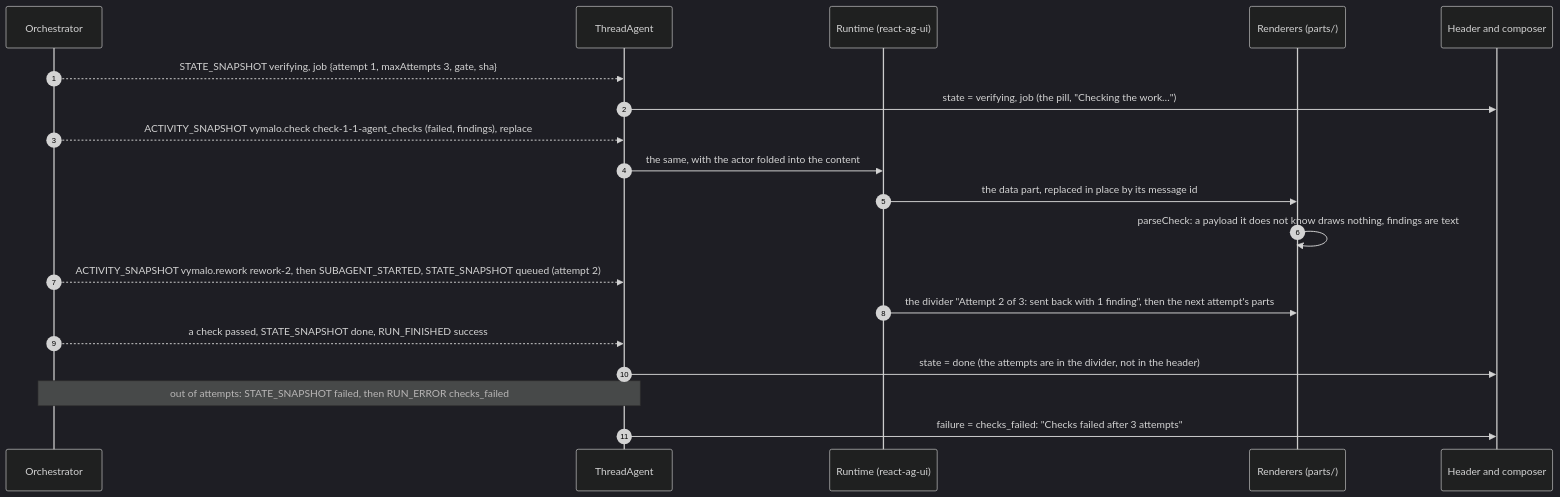
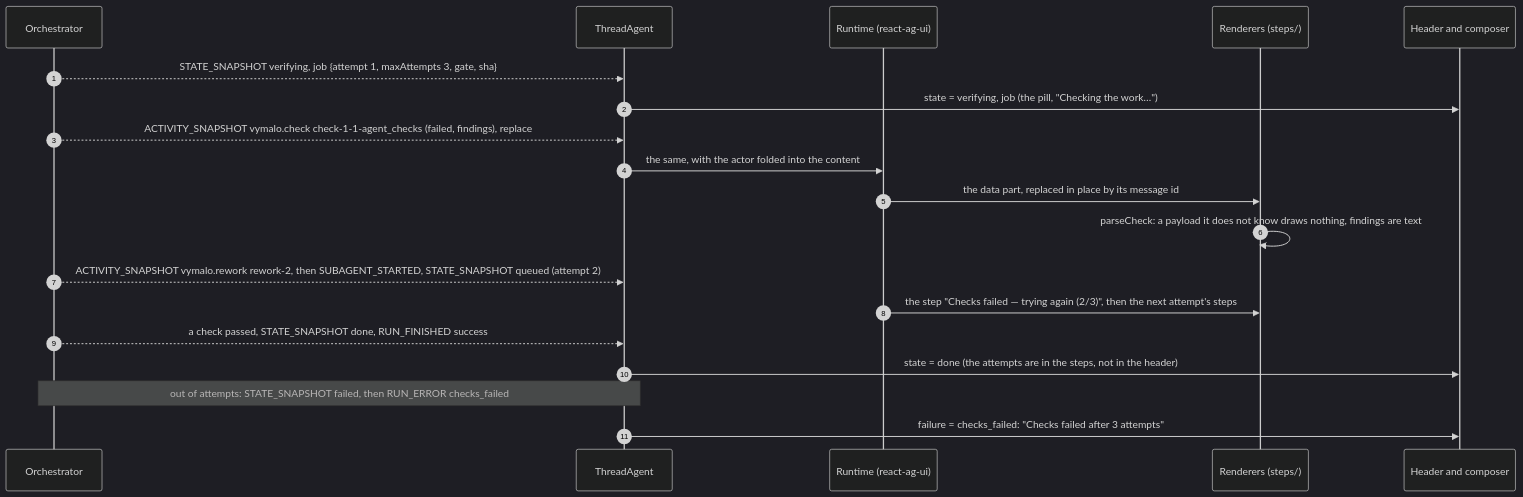
The third of 6 diagrams in web/README.md (vymalo/another-agentic-system), drawn with Mermaid (dark theme) before and after one commit. The commit also changed other lines of this file and 220 other files, not shown here.

````diff
--- a/web/README.md
+++ b/web/README.md
@@ -191,21 +200,21 @@
 ```mermaid
 sequenceDiagram
   autonumber
   participant O as Orchestrator
   participant T as ThreadAgent
   participant R as Runtime (react-ag-ui)
-  participant V as Renderers (parts/)
+  participant V as Renderers (steps/)
   participant H as Header and composer
   O-->>T: STATE_SNAPSHOT verifying, job {attempt 1, maxAttempts 3, gate, sha}
   T->>H: state = verifying, job (the pill, "Checking the work…")
   O-->>T: ACTIVITY_SNAPSHOT vymalo.check check-1-1-agent_checks (failed, findings), replace
   T->>R: the same, with the actor folded into the content
   R->>V: the data part, replaced in place by its message id
   V->>V: parseCheck: a payload it does not know draws nothing, findings are text
   O-->>T: ACTIVITY_SNAPSHOT vymalo.rework rework-2, then SUBAGENT_STARTED, STATE_SNAPSHOT queued (attempt 2)
-  R->>V: the divider "Attempt 2 of 3: sent back with 1 finding", then the next attempt's parts
+  R->>V: the step "Checks failed — trying again (2/3)", then the next attempt's steps
   O-->>T: a check passed, STATE_SNAPSHOT done, RUN_FINISHED success
-  T->>H: state = done (the attempts are in the divider, not in the header)
+  T->>H: state = done (the attempts are in the steps, not in the header)
   Note over O,T: out of attempts: STATE_SNAPSHOT failed, then RUN_ERROR checks_failed
   T->>H: failure = checks_failed: "Checks failed after 3 attempts"
 ```
````
